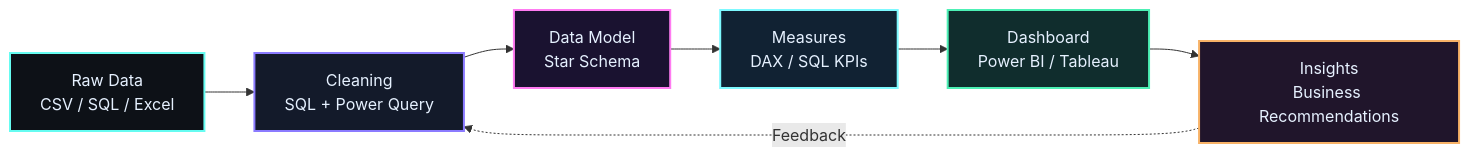
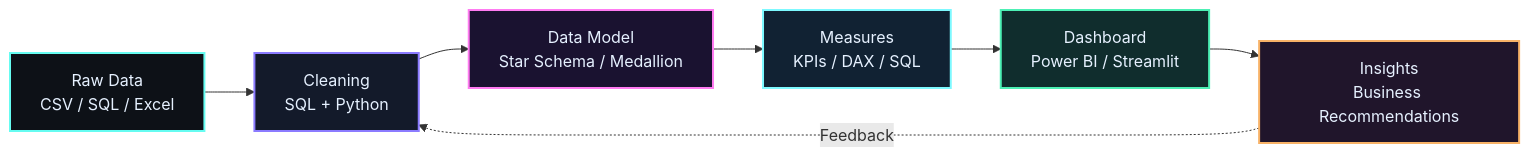
The diagram in README.md (Chowdri-Furkhan07/Chowdri-Furkhan07), drawn with Mermaid before and after one commit. The commit also changed other lines of this file, not shown here.

````diff
--- a/README.md
+++ b/README.md
@@ -108,16 +120,16 @@
 ```mermaid
 flowchart LR
-    A[Raw Data<br/>CSV / SQL / Excel] --> B[Cleaning<br/>SQL + Power Query]
-    B --> C[Data Model<br/>Star Schema]
-    C --> D[Measures<br/>DAX / SQL KPIs]
-    D --> E[Dashboard<br/>Power BI / Tableau]
+    A[Raw Data<br/>CSV / SQL / Excel] --> B[Cleaning<br/>SQL + Python]
+    B --> C[Data Model<br/>Star Schema / Medallion]
+    C --> D[Measures<br/>KPIs / DAX / SQL]
+    D --> E[Dashboard<br/>Power BI / Streamlit]
     E --> F[Insights<br/>Business Recommendations]
     F -. Feedback .-> B
 
     style A fill:#0d1117,stroke:#66fcf1,stroke-width:2px,color:#e6f1ff
     style B fill:#131a2a,stroke:#8b7bff,stroke-width:2px,color:#e6f1ff
     style C fill:#1a1230,stroke:#ff7bf1,stroke-width:2px,color:#e6f1ff
     style D fill:#112233,stroke:#7df9ff,stroke-width:2px,color:#e6f1ff
     style E fill:#102d2d,stroke:#4df0b5,stroke-width:2px,color:#e6f1ff
     style F fill:#20152b,stroke:#f7b267,stroke-width:2px,color:#e6f1ff
 ```
````
